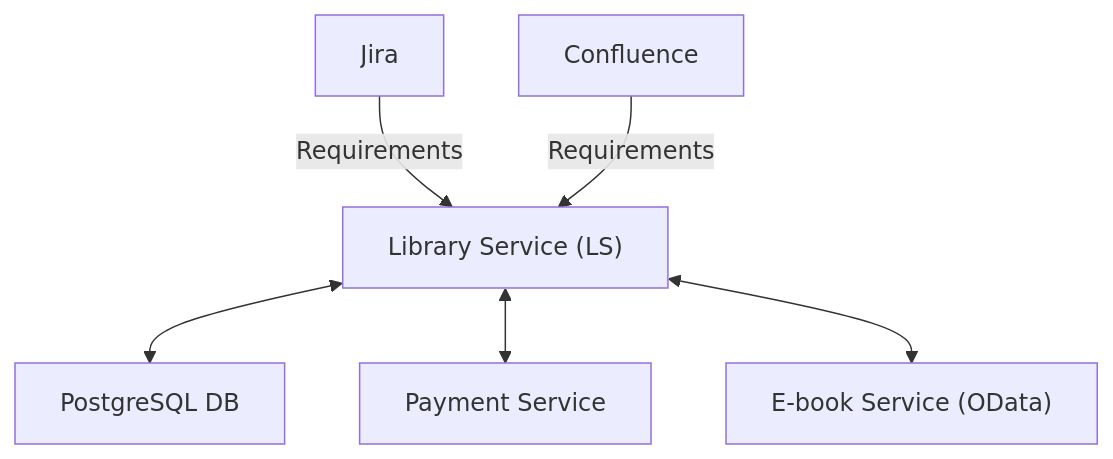
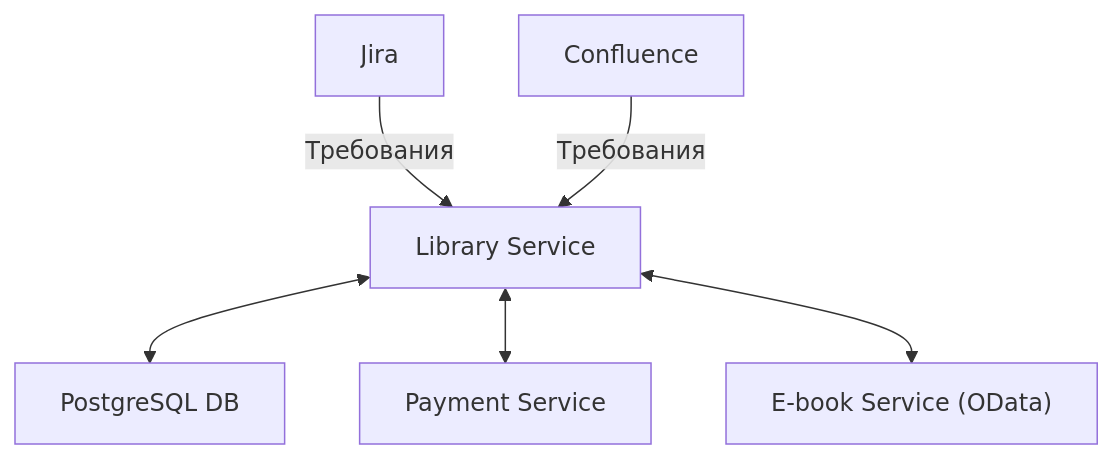
One commit to markul/demo-library-service changed the diagram in docs/presentation/slides.md. Above: the diagram before and after it, drawn with Mermaid. The commit also changed other lines of this file and 1 other file, not shown here.

````diff
--- a/docs/presentation/slides.md
+++ b/docs/presentation/slides.md
@@ -36,8 +31,8 @@
 ```mermaid
 flowchart TB;
-  JIRA["Jira"] -->|Requirements| LS["Library Service (LS)"];
-  CONF["Confluence"] -->|Requirements| LS;
+  JIRA["Jira"] -->|Требования| LS["Library Service"];
+  CONF["Confluence"] -->|Требования| LS;
   LS <--> DB["PostgreSQL DB"];
   LS <--> PAY["Payment Service"];
   LS <--> EBOOK["E-book Service (OData)"];
 ```
````
